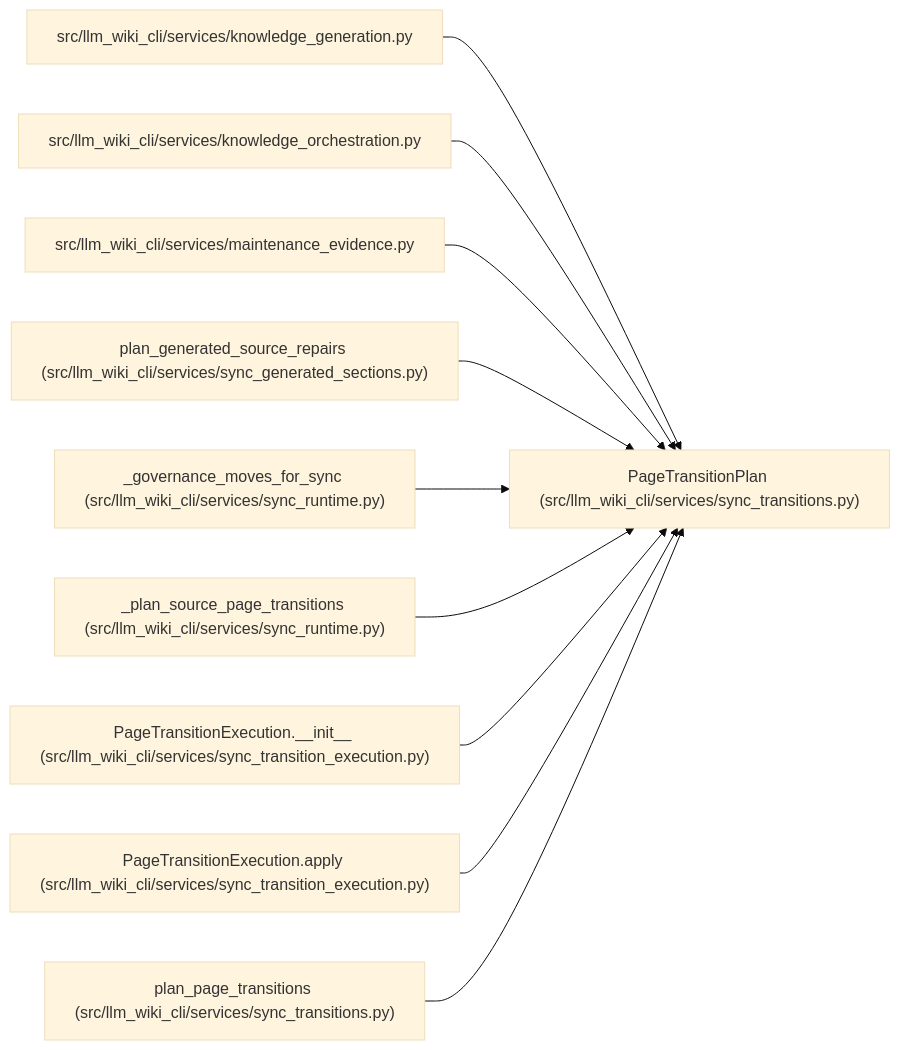
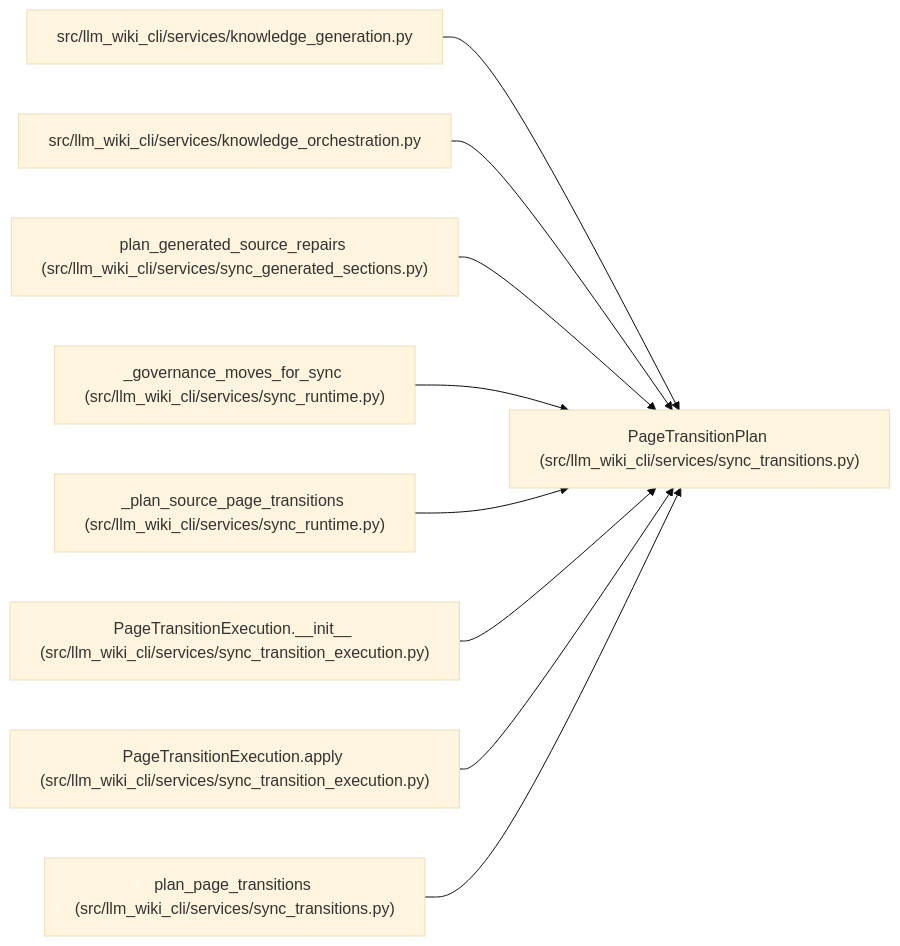
The diagram in docs/llm_wiki/entities/PageTransitionPlan.md (Denissvgn/python-wiki-llm), drawn with Mermaid (base theme) before and after one commit. The commit also changed other lines of this file and 1058 other files, not shown here.

````diff
--- a/docs/llm_wiki/entities/PageTransitionPlan.md
+++ b/docs/llm_wiki/entities/PageTransitionPlan.md
@@ -30,32 +30,29 @@
 ```mermaid
 flowchart LR
     n0["PageTransitionPlan (src/llm_wiki_cli/services/sync_transitions.py)"]
     n1["src/llm_wiki_cli/services/knowledge_generation.py"]
     n2["src/llm_wiki_cli/services/knowledge_orchestration.py"]
-    n3["src/llm_wiki_cli/services/maintenance_evidence.py"]
-    n4["plan_generated_source_repairs (src/llm_wiki_cli/services/sync_generated_sections.py)"]
-    n5["_governance_moves_for_sync (src/llm_wiki_cli/services/sync_runtime.py)"]
-    n6["_plan_source_page_transitions (src/llm_wiki_cli/services/sync_runtime.py)"]
-    n7["PageTransitionExecution.__init__ (src/llm_wiki_cli/services/sync_transition_execution.py)"]
-    n8["PageTransitionExecution.apply (src/llm_wiki_cli/services/sync_transition_execution.py)"]
-    n9["plan_page_transitions (src/llm_wiki_cli/services/sync_transitions.py)"]
+    n3["plan_generated_source_repairs (src/llm_wiki_cli/services/sync_generated_sections.py)"]
+    n4["_governance_moves_for_sync (src/llm_wiki_cli/services/sync_runtime.py)"]
+    n5["_plan_source_page_transitions (src/llm_wiki_cli/services/sync_runtime.py)"]
+    n6["PageTransitionExecution.__init__ (src/llm_wiki_cli/services/sync_transition_execution.py)"]
+    n7["PageTransitionExecution.apply (src/llm_wiki_cli/services/sync_transition_execution.py)"]
+    n8["plan_page_transitions (src/llm_wiki_cli/services/sync_transitions.py)"]
     n1 --> n0
     n2 --> n0
     n3 --> n0
     n4 --> n0
     n5 --> n0
     n6 --> n0
     n7 --> n0
     n8 --> n0
-    n9 --> n0
     click n0 "../modules/sync_transitions.md"
     click n1 "../modules/knowledge_generation.md"
     click n2 "../modules/knowledge_orchestration.md"
-    click n3 "../modules/maintenance_evidence.md"
-    click n4 "../modules/sync_generated_sections.md"
+    click n3 "../modules/sync_generated_sections.md"
+    click n4 "../modules/sync_runtime.md"
     click n5 "../modules/sync_runtime.md"
-    click n6 "../modules/sync_runtime.md"
+    click n6 "../modules/sync_transition_execution.md"
     click n7 "../modules/sync_transition_execution.md"
-    click n8 "../modules/sync_transition_execution.md"
-    click n9 "../modules/sync_transitions.md"
+    click n8 "../modules/sync_transitions.md"
 ```
````
